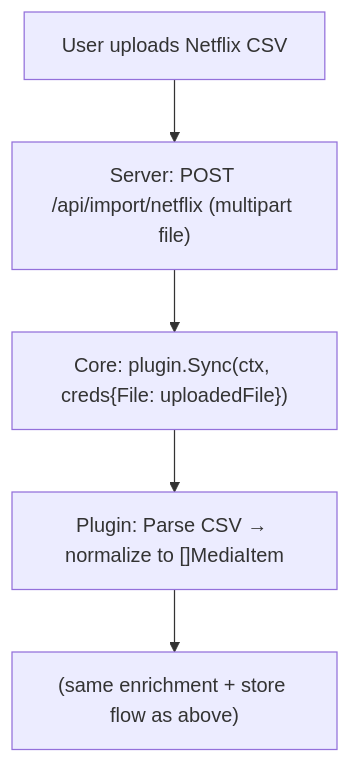
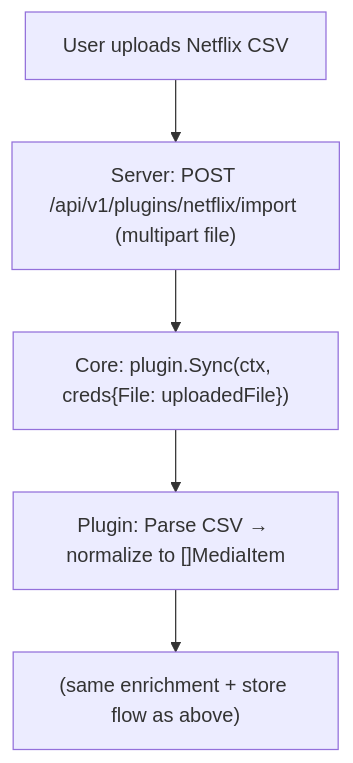
One commit to justEstif/specto changed the third of 3 diagrams in docs/architecture.md. Above: the diagram before and after it, drawn with Mermaid. The commit also changed other lines of this file and 8 other files, not shown here.

````diff
--- a/docs/architecture.md
+++ b/docs/architecture.md
@@ -184,7 +186,7 @@
 ```mermaid
 flowchart TD
-    A["User uploads Netflix CSV"] --> B["Server: POST /api/import/netflix (multipart file)"]
+    A["User uploads Netflix CSV"] --> B["Server: POST /api/v1/plugins/netflix/import (multipart file)"]
     B --> C["Core: plugin.Sync(ctx, creds{File: uploadedFile})"]
     C --> D["Plugin: Parse CSV → normalize to []MediaItem"]
     D --> E["(same enrichment + store flow as above)"]
 ```
````
